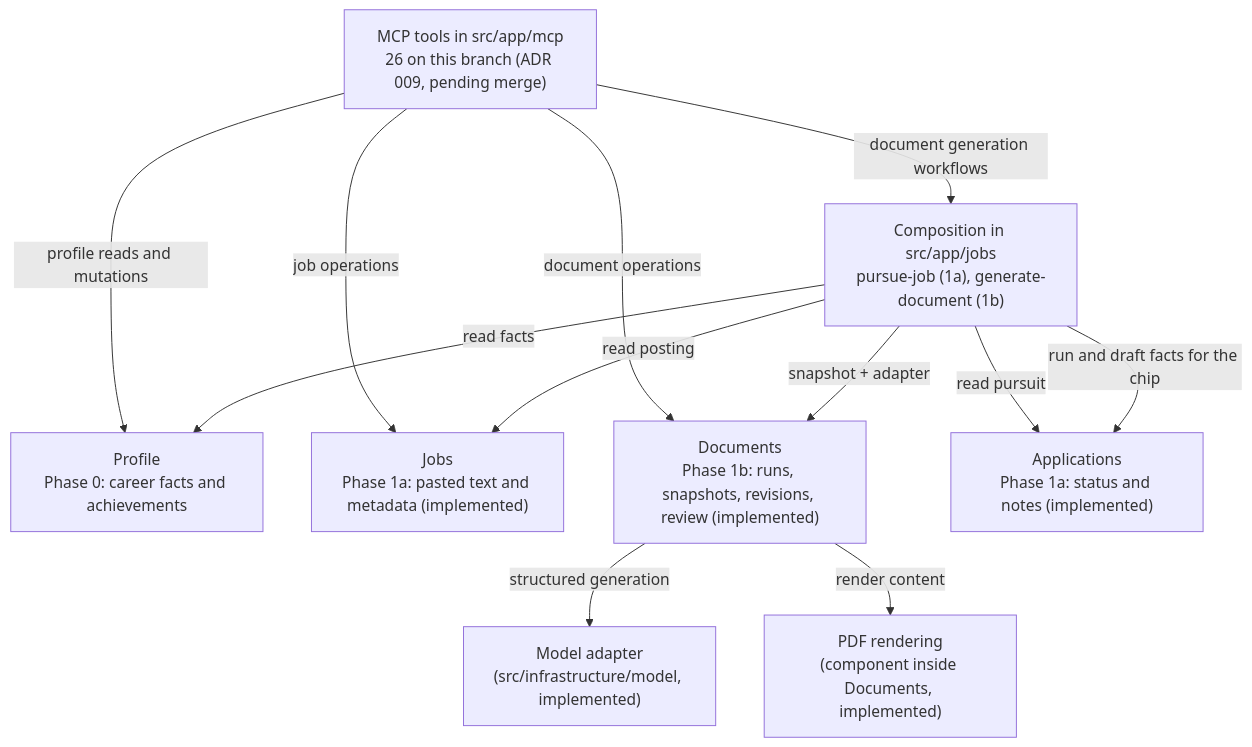
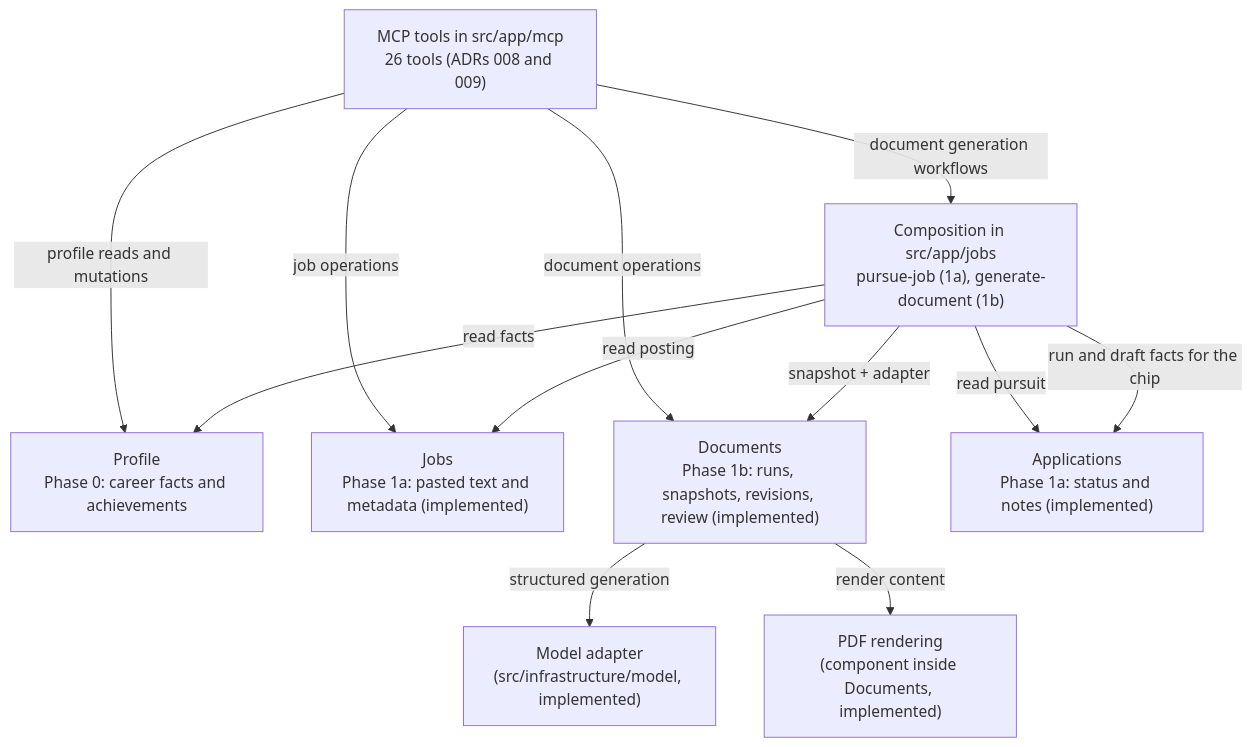
The second of 2 diagrams in docs/03-system-and-modules.md (3333444n/landed), drawn with Mermaid before and after one commit. The commit also changed other lines of this file and 15 other files, not shown here.

````diff
--- a/docs/03-system-and-modules.md
+++ b/docs/03-system-and-modules.md
@@ -39,22 +39,22 @@
 ```mermaid
 flowchart TB
   model["Model adapter<br/>(src/infrastructure/model, implemented)"]
   pdf["PDF rendering<br/>(component inside Documents, implemented)"]
   profile["Profile<br/>Phase 0: career facts and achievements"]
   jobs["Jobs<br/>Phase 1a: pasted text and metadata (implemented)"]
   documents["Documents<br/>Phase 1b: runs, snapshots, revisions, review (implemented)"]
   applications["Applications<br/>Phase 1a: status and notes (implemented)"]
   compose["Composition in src/app/jobs<br/>pursue-job (1a), generate-document (1b)"]
-  mcp["MCP tools in src/app/mcp<br/>26 on this branch (ADR 009, pending merge)"]
+  mcp["MCP tools in src/app/mcp<br/>26 tools (ADRs 008 and 009)"]
   mcp -->|"profile reads and mutations"| profile
   mcp -->|"document generation workflows"| compose
   mcp -->|"job operations"| jobs
   mcp -->|"document operations"| documents
   compose -->|"read facts"| profile
   compose -->|"read posting"| jobs
   compose -->|"read pursuit"| applications
   compose -->|"snapshot + adapter"| documents
   documents -->|"structured generation"| model
   documents -->|"render content"| pdf
   compose -->|"run and draft facts for the chip"| applications
 ```
````
